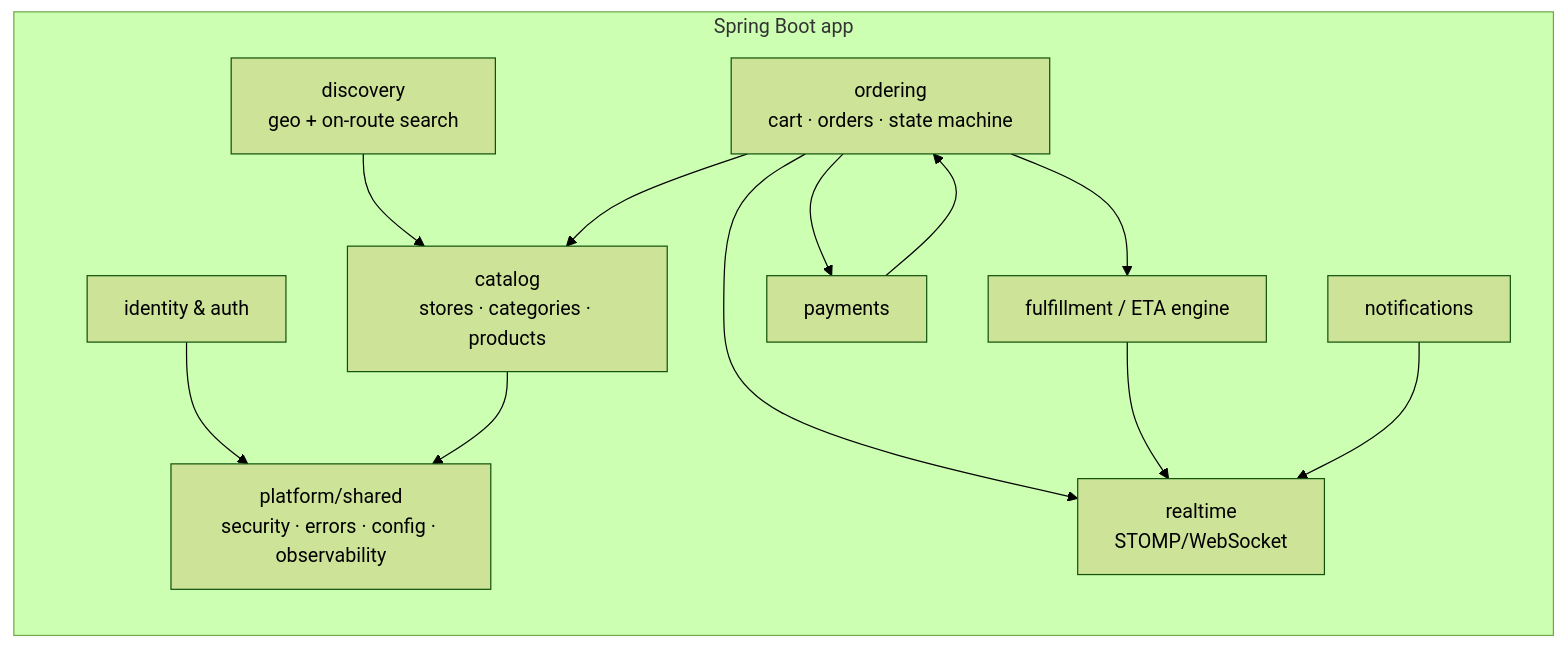
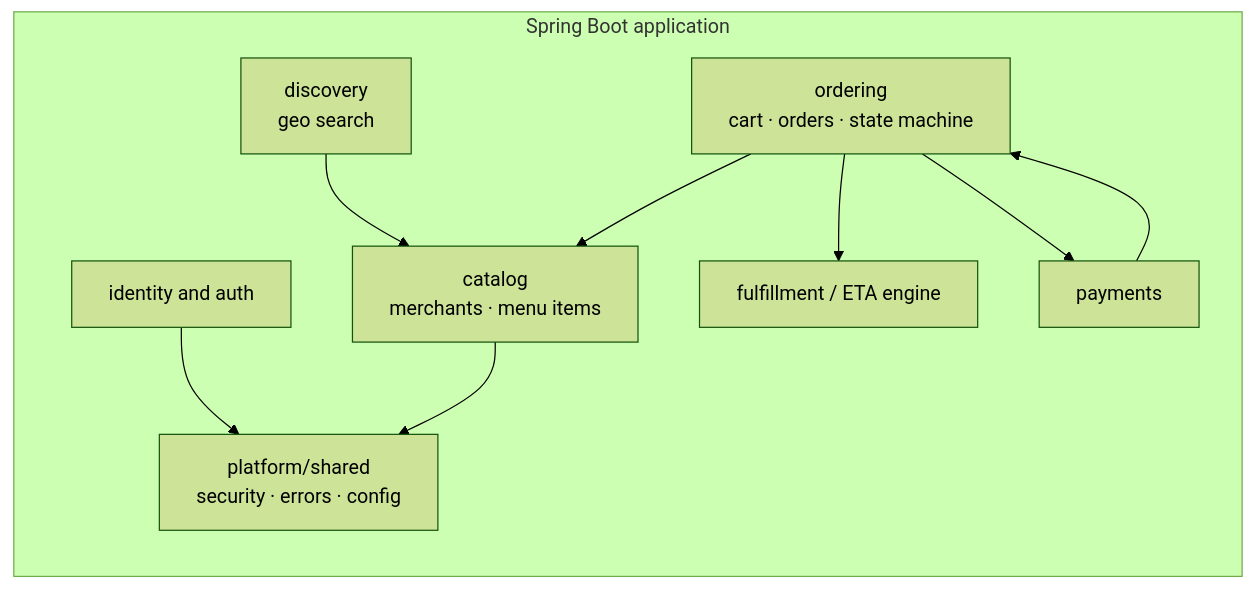
One commit to ManoharEldhandi/OnTheWay changed the second of 9 diagrams in ARCHITECTURE.md. Above: the diagram before and after it, drawn with Mermaid (forest theme). The commit also changed other lines of this file and 21 other files, not shown here.

````diff
--- a/ARCHITECTURE.md
+++ b/ARCHITECTURE.md
@@ -73,26 +68,21 @@
 ```mermaid
 graph LR
-    subgraph Backend[Spring Boot app]
+    subgraph Backend[Spring Boot application]
       direction TB
-      AUTH[identity & auth]
-      CAT[catalog<br/>stores · categories · products]
-      DISC[discovery<br/>geo + on-route search]
+      AUTH[identity and auth]
+      CAT[catalog<br/>merchants · menu items]
+      DISC[discovery<br/>geo search]
       ORD[ordering<br/>cart · orders · state machine]
       ETA[fulfillment / ETA engine]
       PAY[payments]
-      RT[realtime<br/>STOMP/WebSocket]
-      NOTIF[notifications]
-      PLAT[platform/shared<br/>security · errors · config · observability]
+      PLAT[platform/shared<br/>security · errors · config]
     end
 
     AUTH --> PLAT
     CAT --> PLAT
     DISC --> CAT
     ORD --> CAT
     ORD --> ETA
     ORD --> PAY
-    ORD --> RT
-    ETA --> RT
     PAY --> ORD
-    NOTIF --> RT
 ```
````
